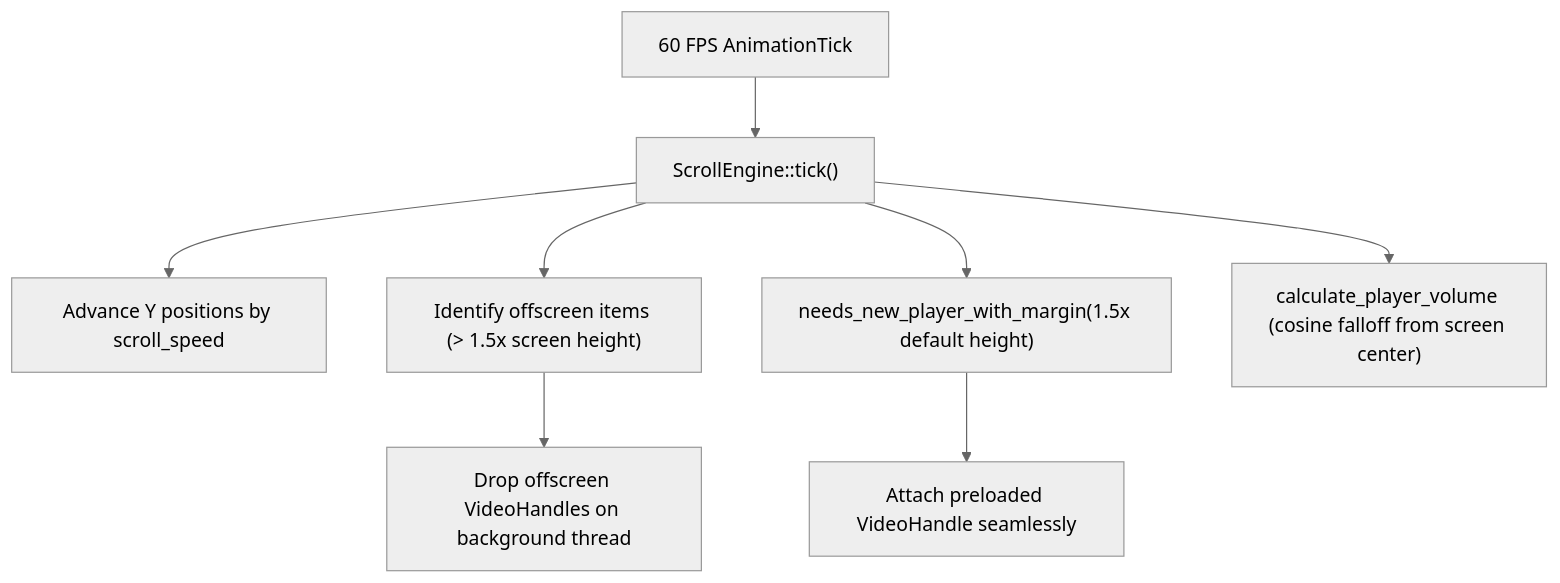
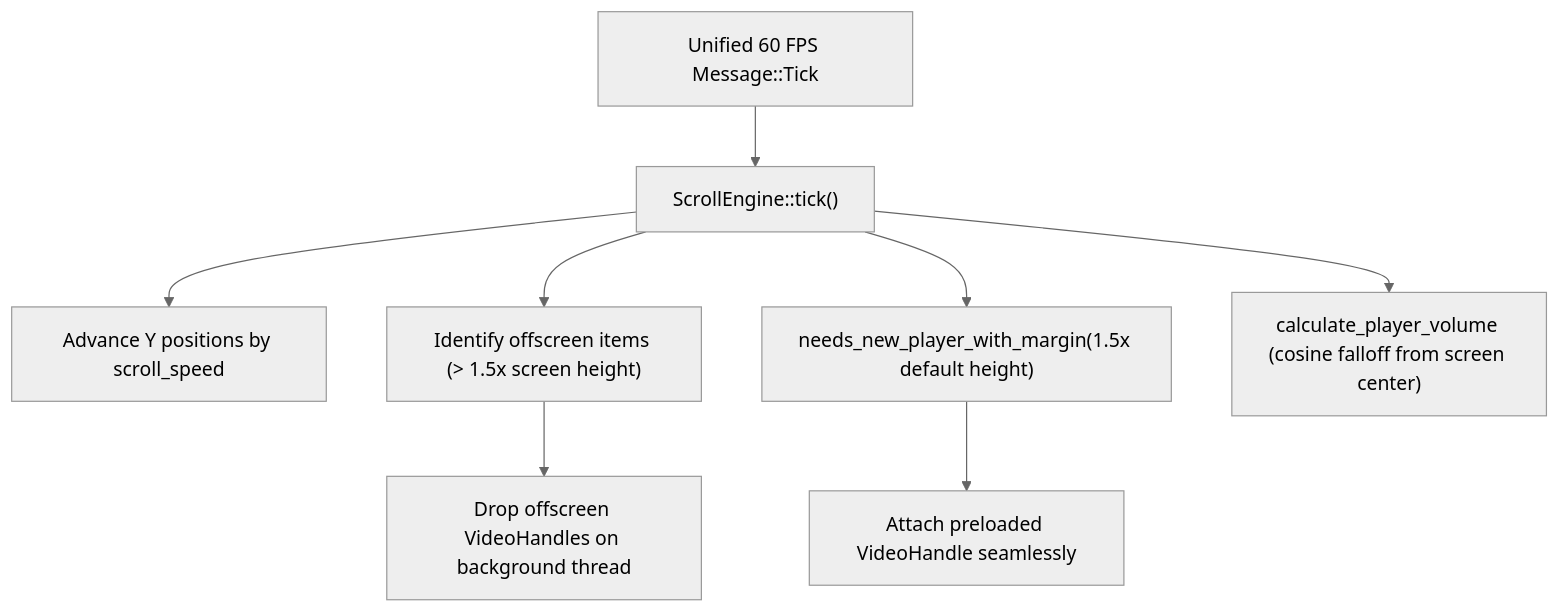
One commit to alkali-softworks/wazoo changed the sixth of 6 diagrams in docs/README.md. Above: the diagram before and after it, drawn with Mermaid (neutral theme). The commit also changed other lines of this file and 5 other files, not shown here.

````diff
--- a/docs/README.md
+++ b/docs/README.md
@@ -148,10 +154,10 @@
 ```mermaid
 graph TD
-    Tick["60 FPS AnimationTick"] --> Scroll["ScrollEngine::tick()"]
+    Tick["Unified 60 FPS Message::Tick"] --> Scroll["ScrollEngine::tick()"]
     Scroll --> Move["Advance Y positions by scroll_speed"]
     Scroll --> Despawn["Identify offscreen items (> 1.5x screen height)"]
     Despawn --> DropThread["Drop offscreen VideoHandles on background thread"]
     Scroll --> CheckMargin["needs_new_player_with_margin(1.5x default height)"]
     CheckMargin --> Preload["Attach preloaded VideoHandle seamlessly"]
     Scroll --> Vol["calculate_player_volume (cosine falloff from screen center)"]
 ```
````
